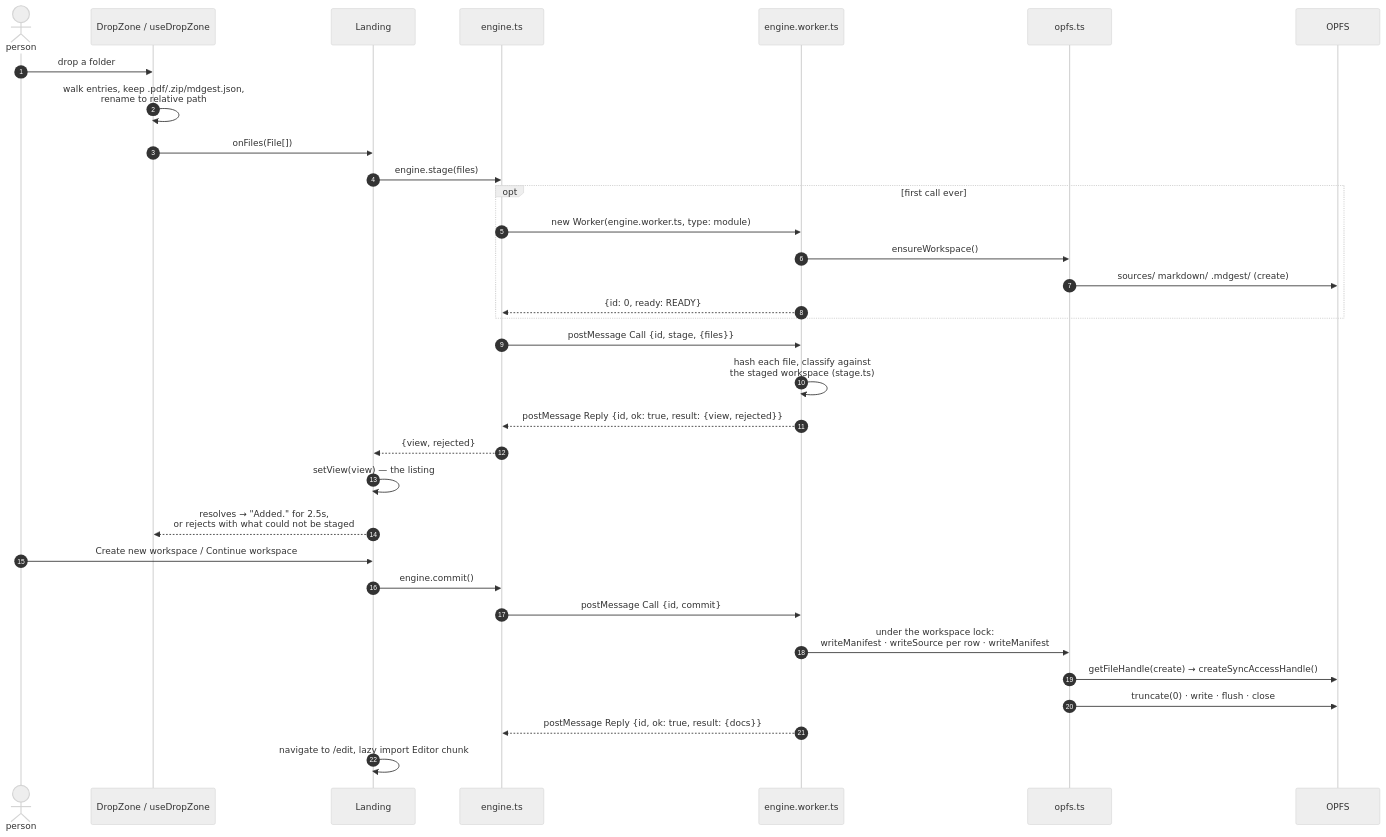
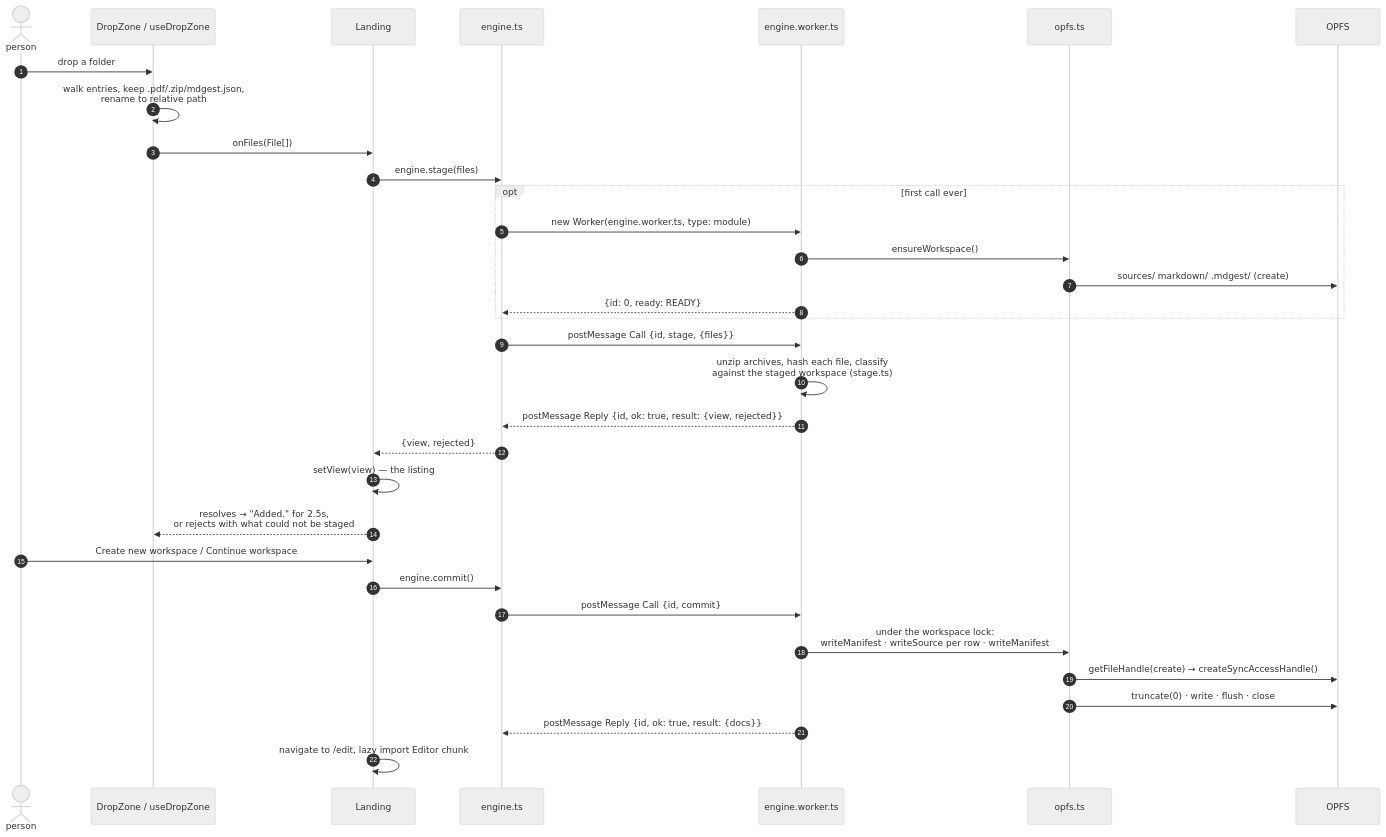
One commit to roest1/mdgest changed the second of 3 diagrams in docs/deployment.md. Above: the diagram before and after it, drawn with Mermaid (neutral theme). The commit also changed other lines of this file and 30 other files, not shown here.

````diff
--- a/docs/deployment.md
+++ b/docs/deployment.md
@@ -120,38 +144,38 @@
 ```mermaid
 sequenceDiagram
     autonumber
     actor P as person
     participant DZ as DropZone / useDropZone
     participant LD as Landing
     participant EN as engine.ts
     participant WK as engine.worker.ts
     participant FS as opfs.ts
     participant O as OPFS
 
     P->>DZ: drop a folder
     DZ->>DZ: walk entries, keep .pdf/.zip/mdgest.json,<br/>rename to relative path
     DZ->>LD: onFiles(File[])
     LD->>EN: engine.stage(files)
 
     opt first call ever
         EN->>WK: new Worker(engine.worker.ts, type: module)
         WK->>FS: ensureWorkspace()
         FS->>O: sources/ markdown/ .mdgest/ (create)
         WK-->>EN: {id: 0, ready: READY}
     end
 
     EN->>WK: postMessage Call {id, stage, {files}}
-    WK->>WK: hash each file, classify against<br/>the staged workspace (stage.ts)
+    WK->>WK: unzip archives, hash each file, classify<br/>against the staged workspace (stage.ts)
     WK-->>EN: postMessage Reply {id, ok: true, result: {view, rejected}}
     EN-->>LD: {view, rejected}
     LD->>LD: setView(view) — the listing
     LD-->>DZ: resolves → "Added." for 2.5s,<br/>or rejects with what could not be staged
     P->>LD: Create new workspace / Continue workspace
     LD->>EN: engine.commit()
     EN->>WK: postMessage Call {id, commit}
     WK->>FS: under the workspace lock:<br/>writeManifest · writeSource per row · writeManifest
     FS->>O: getFileHandle(create) → createSyncAccessHandle()
     FS->>O: truncate(0) · write · flush · close
     WK-->>EN: postMessage Reply {id, ok: true, result: {docs}}
     LD->>LD: navigate to /edit, lazy import Editor chunk
 ```
````
